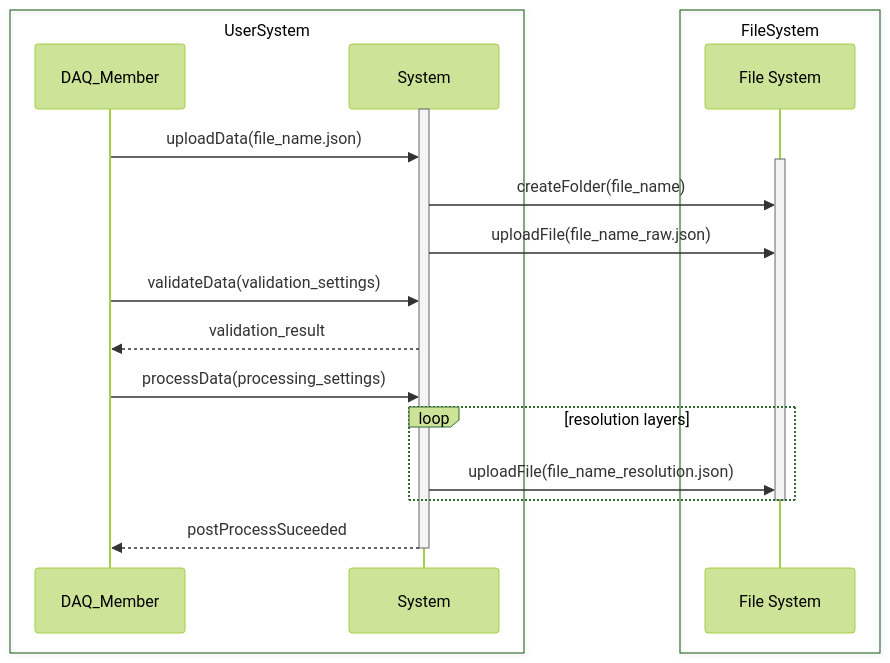
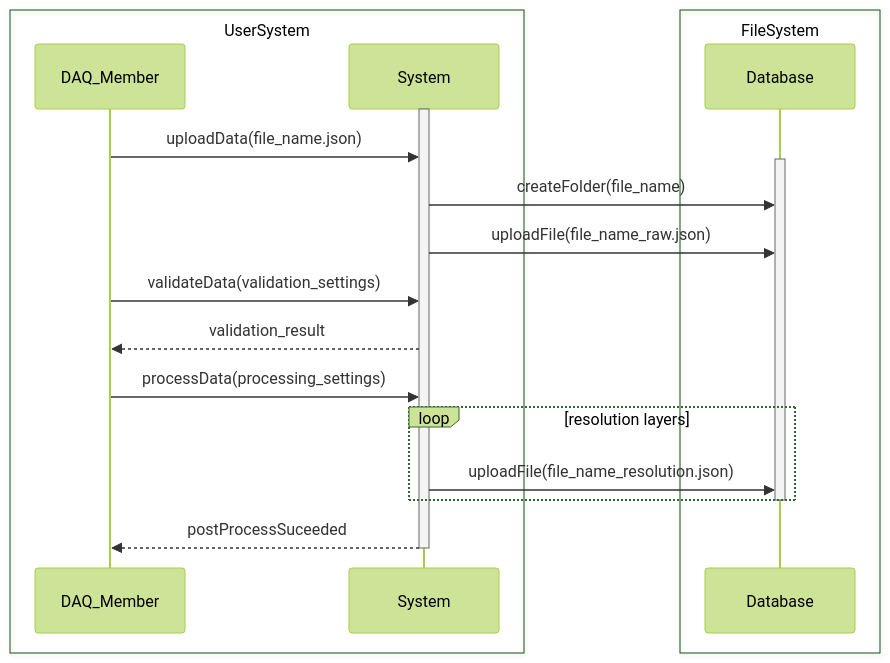
The diagram in Design Documents/diagrams/upload_data.mmd (Georgia-Tech-Off-Road/DAQAnalyticsWebsiteMK2), drawn with Mermaid (forest theme) before and after one commit. The commit also changed other lines of this file and 2 other files, not shown here.

Commit message:
Updated markdown to use generated diagram paths

```diff
--- a/Design Documents/diagrams/upload_data.mmd
+++ b/Design Documents/diagrams/upload_data.mmd
@@ -1,24 +1,24 @@
 sequenceDiagram
     box UserSystem
         participant U as DAQ_Member
         participant S as System
     end
 
     box FileSystem
-        participant FS as File System
+        participant FS as Database
     end
 
 activate S
 U->>S: uploadData(file_name.json)
 activate FS
 S->>FS: createFolder(file_name)
 S->>FS: uploadFile(file_name_raw.json)
 U->>S: validateData(validation_settings)
 S-->>U: validation_result
 U->>S: processData(processing_settings)
 loop resolution layers
     S->>FS: uploadFile(file_name_resolution.json)
 end
 deactivate FS
 S-->>U: postProcessSuceeded
 deactivate S
```
